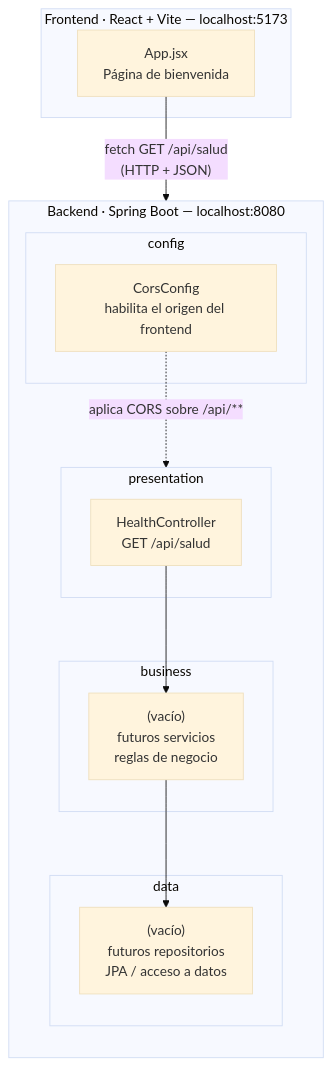
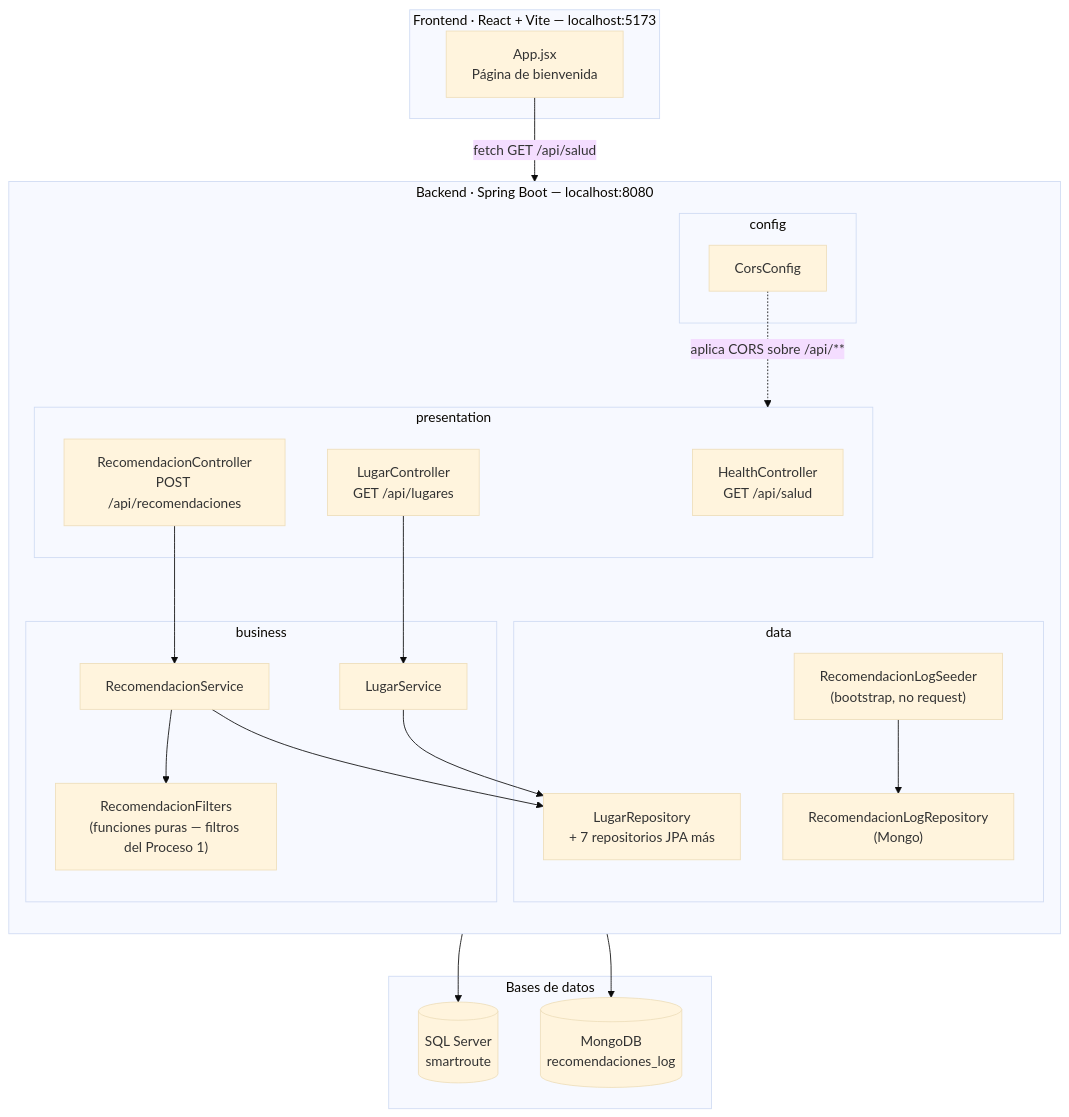
The diagram in docs/diagrama-arquitectura.md (ReachelVP/SmartRoute), drawn with Mermaid (base theme) before and after one commit. The commit also changed other lines of this file and 19 other files, not shown here.

First line of the commit message:
Atiende retroalimentacion del profesor: ADR, flujo Lugar/recomendacion y limpieza de docs

````diff
--- a/docs/diagrama-arquitectura.md
+++ b/docs/diagrama-arquitectura.md
@@ -8,31 +7,50 @@
 ```mermaid
 flowchart TD
     subgraph Frontend["Frontend · React + Vite — localhost:5173"]
         UI["App.jsx<br/>Página de bienvenida"]
     end
 
     subgraph Backend["Backend · Spring Boot — localhost:8080"]
         direction TB
 
         subgraph Presentation["presentation"]
             HC["HealthController<br/>GET /api/salud"]
+            LC["LugarController<br/>GET /api/lugares"]
+            RC["RecomendacionController<br/>POST /api/recomendaciones"]
         end
 
         subgraph Business["business"]
-            BZ["(vacío)<br/>futuros servicios<br/>reglas de negocio"]
+            LS["LugarService"]
+            RS["RecomendacionService"]
+            RF["RecomendacionFilters<br/>(funciones puras — filtros del Proceso 1)"]
         end
 
         subgraph Data["data"]
-            DA["(vacío)<br/>futuros repositorios<br/>JPA / acceso a datos"]
+            LR["LugarRepository<br/>+ 7 repositorios JPA más"]
+            SEED["RecomendacionLogSeeder<br/>(bootstrap, no request)"]
+            RL["RecomendacionLogRepository<br/>(Mongo)"]
         end
 
         subgraph Config["config"]
-            CC["CorsConfig<br/>habilita el origen del frontend"]
+            CC["CorsConfig"]
         end
     end
 
-    UI -- "fetch GET /api/salud\n(HTTP + JSON)" --> HC
-    HC --> BZ
-    BZ --> DA
+    subgraph Bases["Bases de datos"]
+        SQL[("SQL Server<br/>smartroute")]
+        MONGO[("MongoDB<br/>recomendaciones_log")]
+    end
+
+    UI -- "fetch GET /api/salud" --> HC
+
+    LC --> LS
+    LS --> LR
+    RC --> RS
+    RS --> RF
+    RS --> LR
+    LR --> SQL
+    SEED --> RL
+    RL --> MONGO
+
     CC -. "aplica CORS sobre /api/**" .-> Presentation
 ```
````
